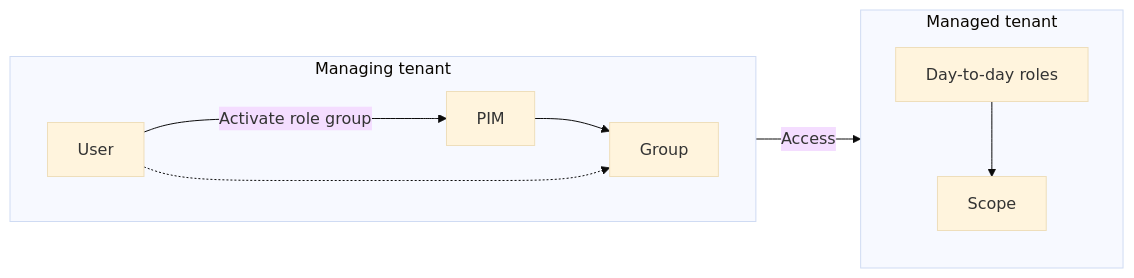
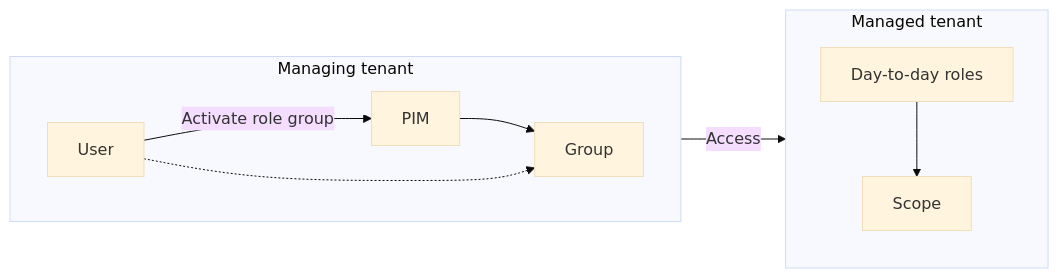
The sixth of 7 diagrams in _posts/2022-11-08-AzureLighthouse-MSSPAccess.md (lnfernux/lnfernux.github.io), drawn with Mermaid (base theme) before and after one commit. The commit also changed other lines of this file, not shown here.

````diff
--- a/_posts/2022-11-08-AzureLighthouse-MSSPAccess.md
+++ b/_posts/2022-11-08-AzureLighthouse-MSSPAccess.md
@@ -216,14 +229,14 @@
 ```mermaid
 graph LR
     subgraph "Managing tenant" 
     direction LR
     u[User] --> |Activate role group|p[PIM]
     p --> g
-    u -...->  g[Group]
+    u -.->  g[Group]
     end
     subgraph "Managed tenant"
     direction TB
     r[Day-to-day roles] --> s[Scope]
     end
     g --> |Access|r
 ```
````
